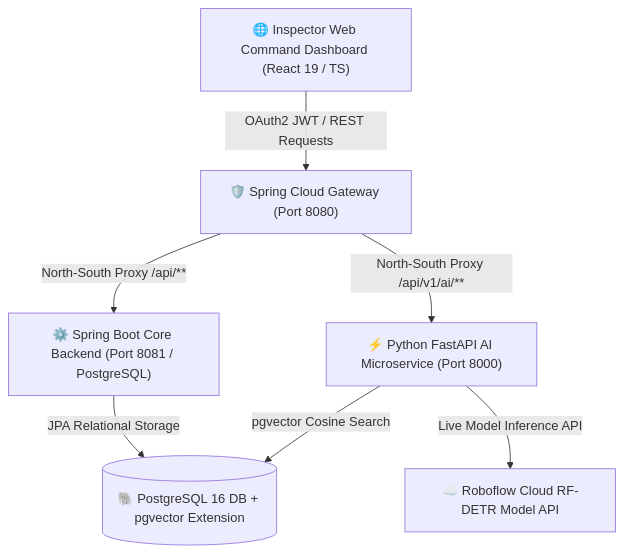
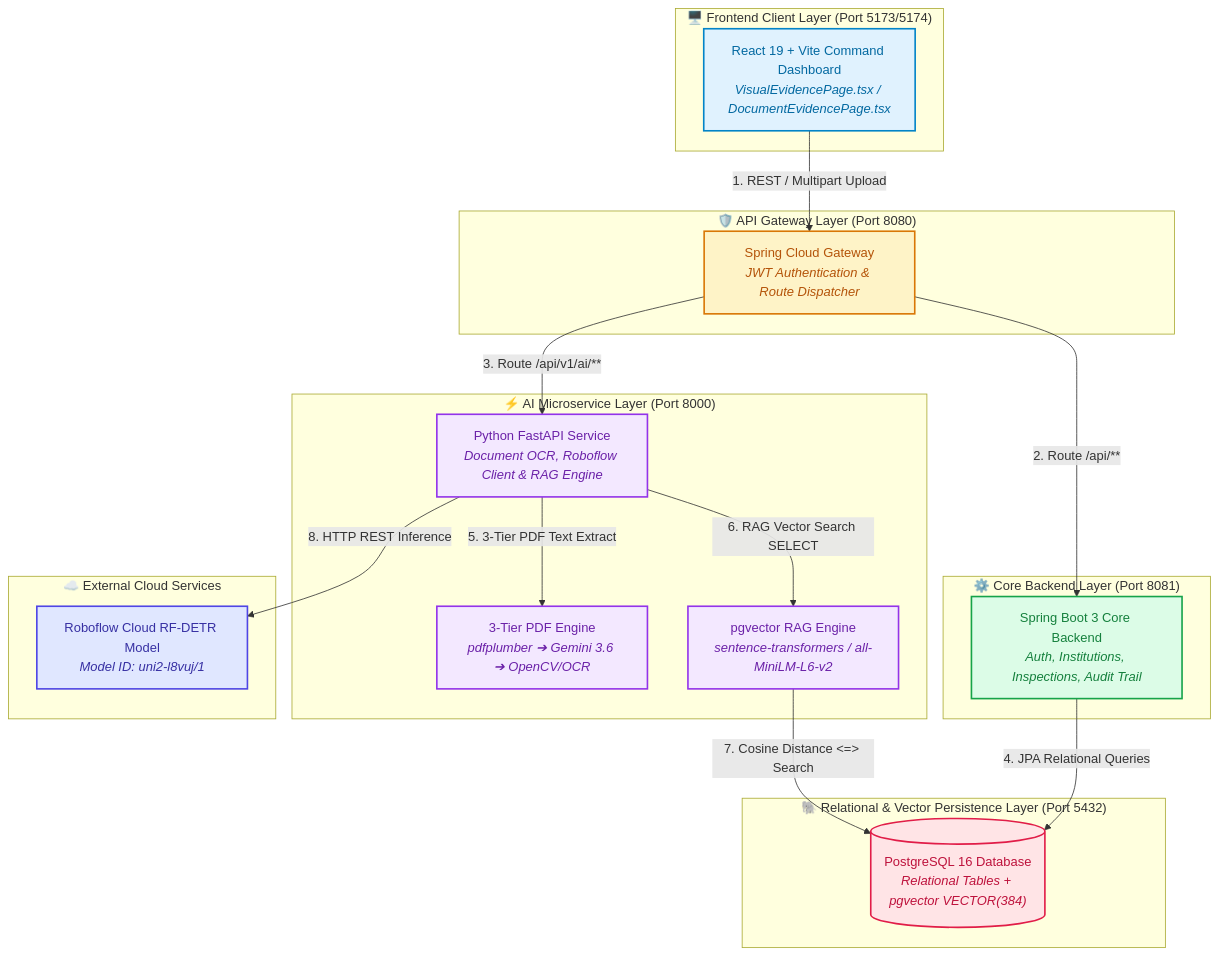
One commit to dharsha-l/UNI changed the first of 3 diagrams in README.md. Above: the diagram before and after it, drawn with Mermaid. The commit also changed other lines of this file and 1 other file, not shown here.

Commit message:
Enhance PROJECT_PROGRESS.md and README.md with high-fidelity styled Mermaid architecture, sequence, and flowchart code

````diff
--- a/README.md
+++ b/README.md
@@ -14,16 +14,44 @@
 ```mermaid
-graph TD
-    User["🌐 Inspector Web Command Dashboard (React 19 / TS)"]
-    Gateway["🛡️ Spring Cloud Gateway (Port 8080)"]
-    CoreBackend["⚙️ Spring Boot Core Backend (Port 8081 / PostgreSQL)"]
-    FastAPI["⚡ Python FastAPI AI Microservice (Port 8000)"]
-    Postgres[("🐘 PostgreSQL 16 DB + pgvector Extension")]
-    RoboflowCloud["☁️ Roboflow Cloud RF-DETR Model API"]
+graph TB
+    classDef client fill:#e0f2fe,stroke:#0284c7,stroke-width:2px,color:#0369a1;
+    classDef gateway fill:#fef3c7,stroke:#d97706,stroke-width:2px,color:#b45309;
+    classDef backend fill:#dcfce7,stroke:#16a34a,stroke-width:2px,color:#15803d;
+    classDef ai fill:#f3e8ff,stroke:#9333ea,stroke-width:2px,color:#6b21a8;
+    classDef db fill:#ffe4e6,stroke:#e11d48,stroke-width:2px,color:#be123c;
+    classDef cloud fill:#e0e7ff,stroke:#4f46e5,stroke-width:2px,color:#3730a3;
 
-    User -->|OAuth2 JWT / REST Requests| Gateway
-    Gateway -->|North-South Proxy /api/**| CoreBackend
-    Gateway -->|North-South Proxy /api/v1/ai/**| FastAPI
-    CoreBackend -->|JPA Relational Storage| Postgres
-    FastAPI -->|pgvector Cosine Search| Postgres
-    FastAPI -->|Live Model Inference API| RoboflowCloud
+    subgraph ClientLayer["🖥️ Frontend Client Layer (Port 5173/5174)"]
+        UI["React 19 + Vite Command Dashboard<br/><i>VisualEvidencePage.tsx / DocumentEvidencePage.tsx</i>"]:::client
+    end
+
+    subgraph GatewayLayer["🛡️ API Gateway Layer (Port 8080)"]
+        Gateway["Spring Cloud Gateway<br/><i>JWT Authentication & Route Dispatcher</i>"]:::gateway
+    end
+
+    subgraph BackendLayer["⚙️ Core Backend Layer (Port 8081)"]
+        BootCore["Spring Boot 3 Core Backend<br/><i>Auth, Institutions, Inspections, Audit Trail</i>"]:::backend
+    end
+
+    subgraph AILayer["⚡ AI Microservice Layer (Port 8000)"]
+        FastAPI["Python FastAPI Service<br/><i>Document OCR, Roboflow Client & RAG Engine</i>"]:::ai
+        DocEngine["3-Tier PDF Engine<br/><i>pdfplumber ➔ Gemini 3.6 ➔ OpenCV/OCR</i>"]:::ai
+        RAGEngine["pgvector RAG Engine<br/><i>sentence-transformers / all-MiniLM-L6-v2</i>"]:::ai
+    end
+
+    subgraph PersistenceLayer["🐘 Relational & Vector Persistence Layer (Port 5432)"]
+        Postgres[("PostgreSQL 16 Database<br/><i>Relational Tables + pgvector VECTOR(384)</i>")]:::db
+    end
+
+    subgraph CloudLayer["☁️ External Cloud Services"]
+        RoboflowCloud["Roboflow Cloud RF-DETR Model<br/><i>Model ID: uni2-l8vuj/1</i>"]:::cloud
+    end
+
+    UI -->|1. REST / Multipart Upload| Gateway
+    Gateway -->|2. Route /api/**| BootCore
+    Gateway -->|3. Route /api/v1/ai/**| FastAPI
+    BootCore -->|4. JPA Relational Queries| Postgres
+    FastAPI -->|5. 3-Tier PDF Text Extract| DocEngine
+    FastAPI -->|6. RAG Vector Search SELECT| RAGEngine
+    RAGEngine -->|7. Cosine Distance <=> Search| Postgres
+    FastAPI -->|8. HTTP REST Inference| RoboflowCloud
 ```
````
